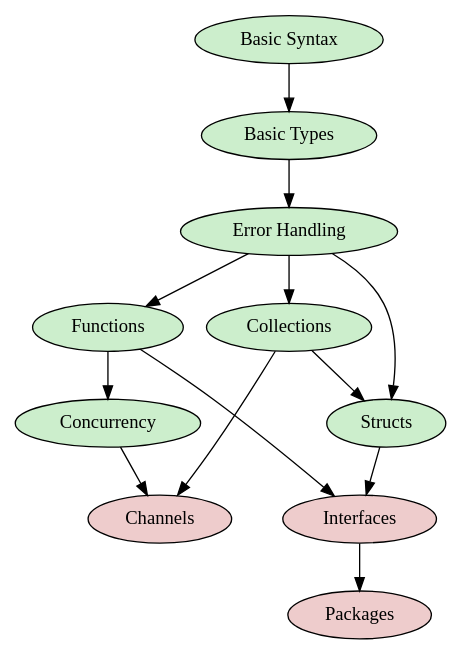
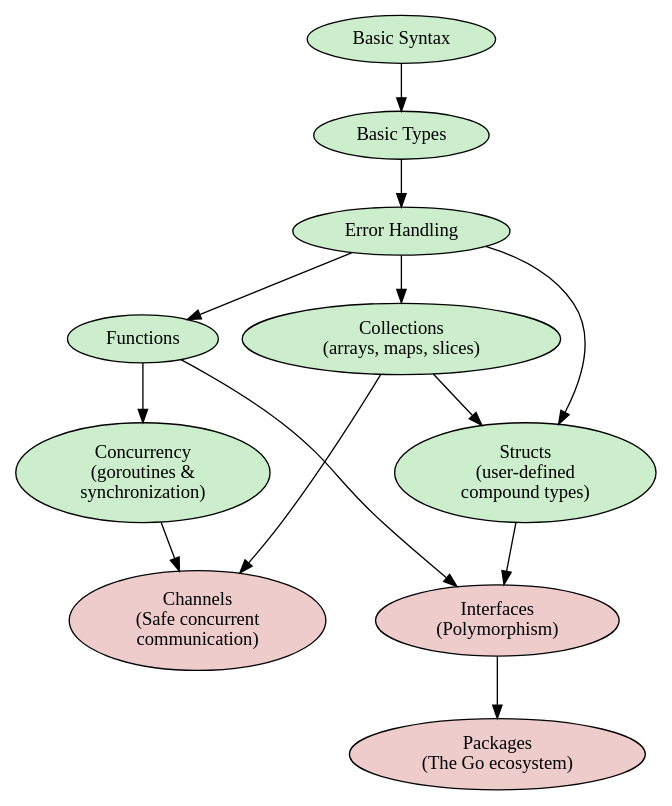
One commit to pdbogen/go101 changed the diagram in index.dot. Above: the diagram before and after it, drawn with Graphviz. The commit also changed 2 other files, not shown here.

```diff
--- a/index.dot
+++ b/index.dot
@@ -1,16 +1,19 @@
 digraph {
   node [style=filled, fillcolor="#EECCCC"];
   "Basic Syntax" [href="./basics", fillcolor="#CCEECC"];
   "Basic Types" [href="./types", fillcolor="#CCEECC"];
   "Error Handling" [href="./errors", fillcolor="#CCEECC"];
   "Functions" [href="./functions", fillcolor="#CCEECC"];
-  "Structs" [href="./structs", fillcolor="#CCEECC"];
-  "Collections" [href="./collections", fillcolor="#CCEECC"];
-  "Concurrency" [href="./concurrency", fillcolor="#CCEECC"];
+  "Structs" [label="Structs\n(user-defined\ncompound types)", href="./structs", fillcolor="#CCEECC"];
+  "Collections" [label="Collections\n(arrays, maps, slices)", href="./collections", fillcolor="#CCEECC"];
+  "Concurrency" [label="Concurrency\n(goroutines &\nsynchronization)", href="./concurrency", fillcolor="#CCEECC"];
+  "Interfaces" [label="Interfaces\n(Polymorphism)"];
+  "Channels" [label="Channels\n(Safe concurrent\ncommunication)"];
+  "Packages" [label="Packages\n(The Go ecosystem)"];
   "Basic Syntax" -> "Basic Types" -> "Error Handling";
   "Error Handling" -> "Functions" -> "Concurrency" -> "Channels";
   "Error Handling" -> "Collections" -> "Channels";
   "Error Handling" -> "Structs" -> "Interfaces" -> "Packages"
   "Functions" -> "Interfaces";
   "Collections" -> "Structs";
 }
```
